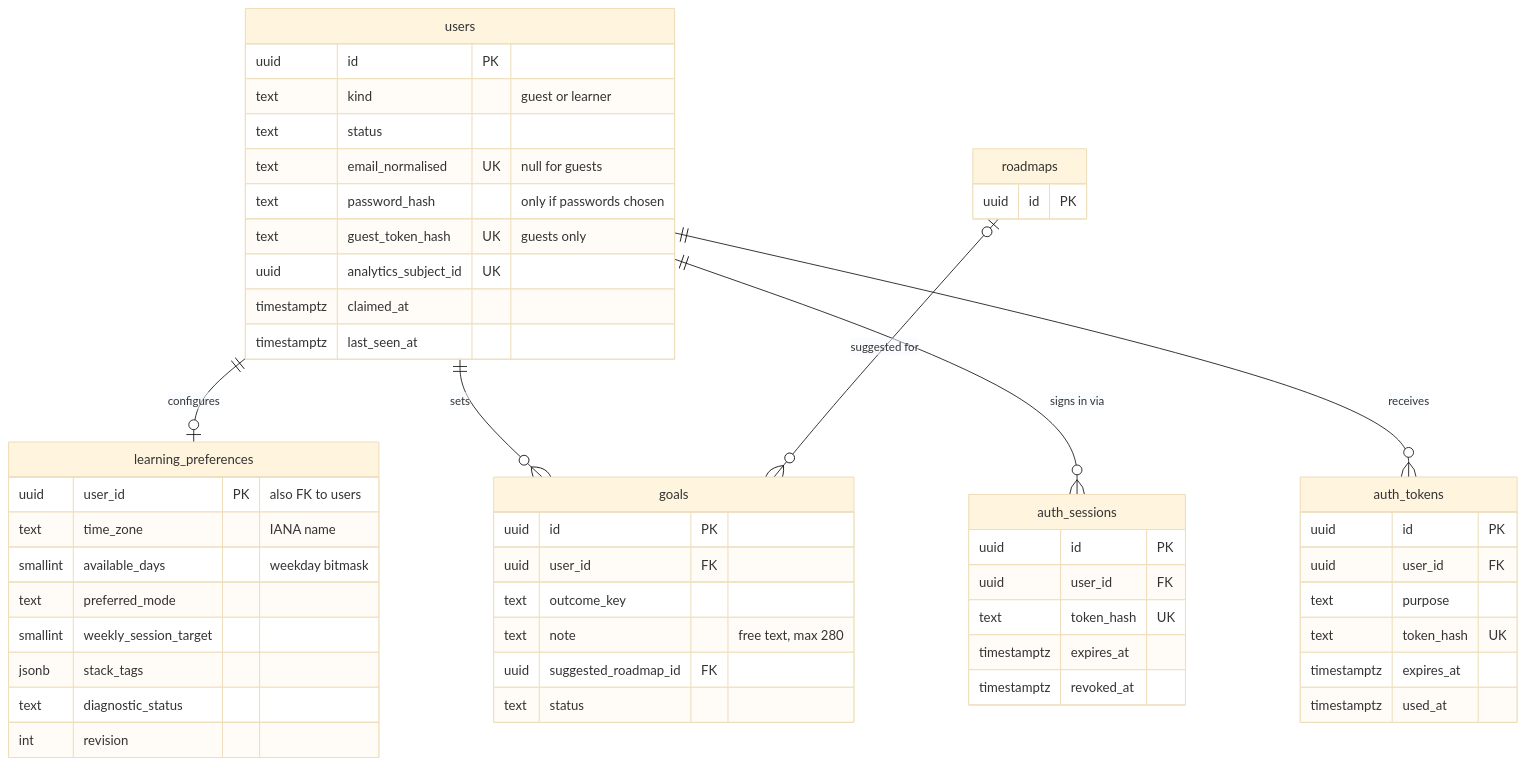
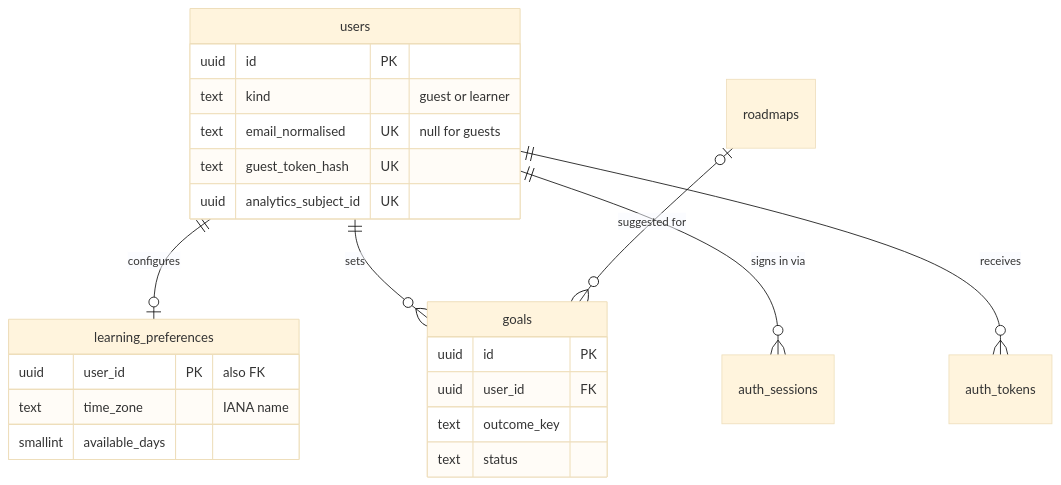
The second of 7 diagrams in devstep/docs/04-data-model.md (GhanshyamSoni68/app_idea), drawn with Mermaid (base theme) before and after one commit. The commit also changed other lines of this file, not shown here.

````diff
--- a/devstep/docs/04-data-model.md
+++ b/devstep/docs/04-data-model.md
@@ -112,55 +111,26 @@
 ```mermaid
 erDiagram
     users ||--o| learning_preferences : "configures"
     users ||--o{ goals : "sets"
     users ||--o{ auth_sessions : "signs in via"
     users ||--o{ auth_tokens : "receives"
     roadmaps |o--o{ goals : "suggested for"
     users {
         uuid id PK
         text kind "guest or learner"
-        text status
         text email_normalised UK "null for guests"
-        text password_hash "only if passwords chosen"
-        text guest_token_hash UK "guests only"
+        text guest_token_hash UK
         uuid analytics_subject_id UK
-        timestamptz claimed_at
-        timestamptz last_seen_at
     }
     learning_preferences {
-        uuid user_id PK "also FK to users"
+        uuid user_id PK "also FK"
         text time_zone "IANA name"
-        smallint available_days "weekday bitmask"
-        text preferred_mode
-        smallint weekly_session_target
-        jsonb stack_tags
-        text diagnostic_status
-        int revision
+        smallint available_days
     }
     goals {
         uuid id PK
         uuid user_id FK
         text outcome_key
-        text note "free text, max 280"
-        uuid suggested_roadmap_id FK
         text status
     }
-    auth_sessions {
-        uuid id PK
-        uuid user_id FK
-        text token_hash UK
-        timestamptz expires_at
-        timestamptz revoked_at
-    }
-    auth_tokens {
-        uuid id PK
-        uuid user_id FK
-        text purpose
-        text token_hash UK
-        timestamptz expires_at
-        timestamptz used_at
-    }
-    roadmaps {
-        uuid id PK
-    }
 ```
````
